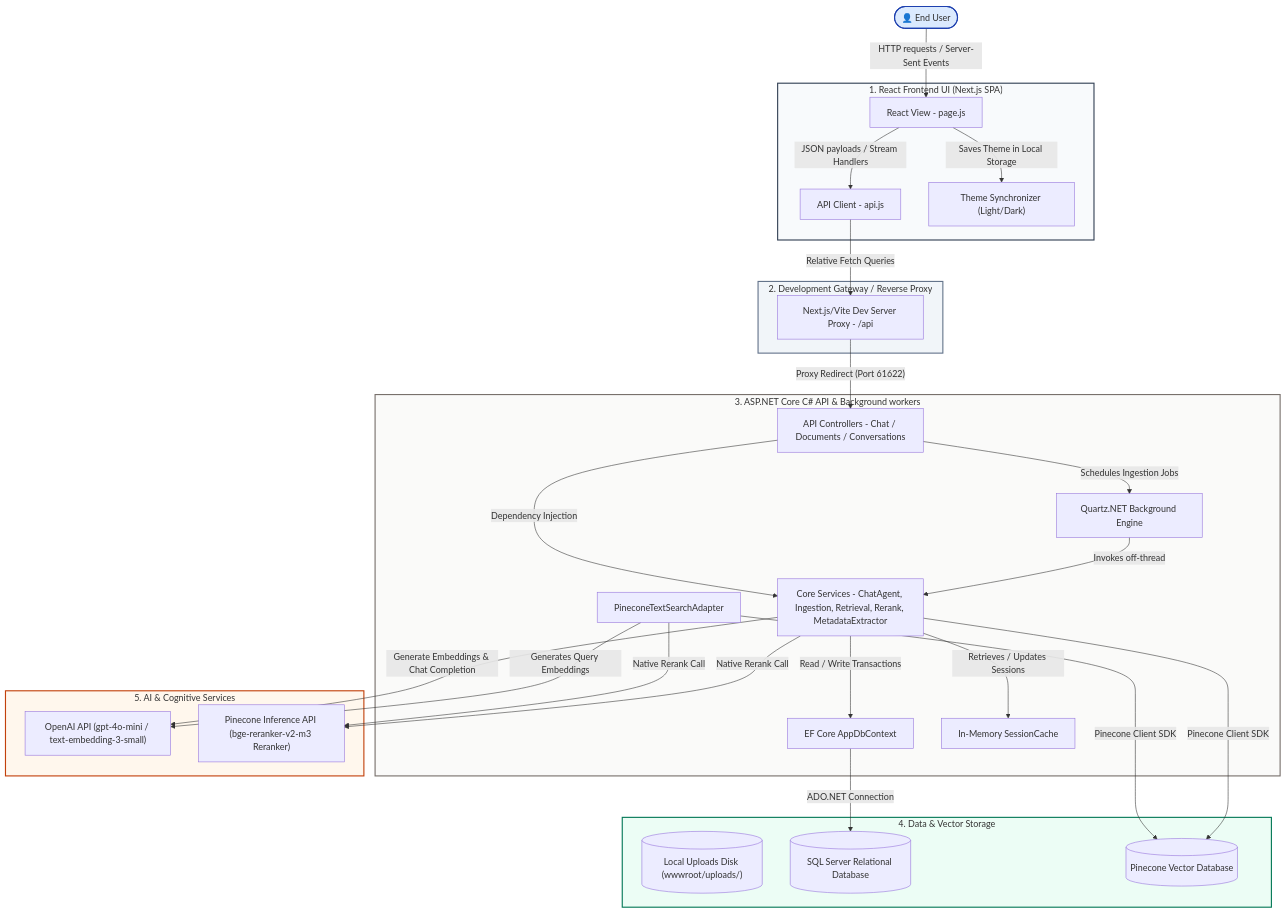
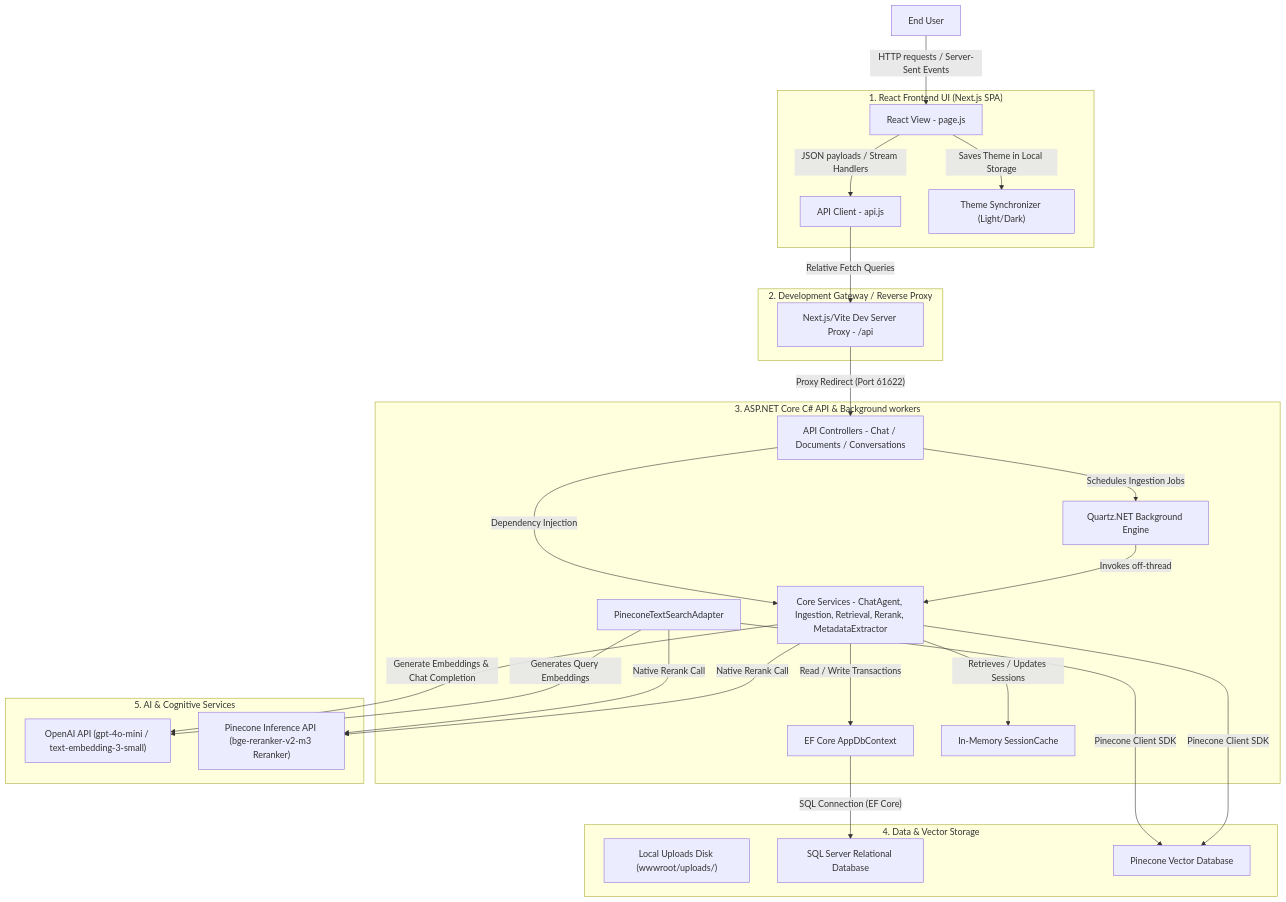
The first of 4 diagrams in README.md (albertpsi/MSAgentFrameworkRAG), drawn with Mermaid before and after one commit. The commit also changed other lines of this file and 3 other files, not shown here.

````diff
--- a/README.md
+++ b/README.md
@@ -43,62 +43,55 @@
 ```mermaid
-graph TB
-    User(["👤 End User"])
+flowchart TD
+    User["End User"]
     
     subgraph ClientLayer ["1. React Frontend UI (Next.js SPA)"]
         UI["React View - page.js"]
         API_Helper["API Client - api.js"]
         Theme_Sync["Theme Synchronizer (Light/Dark)"]
     end
     
     subgraph ProxyLayer ["2. Development Gateway / Reverse Proxy"]
         Proxy["Next.js/Vite Dev Server Proxy - /api"]
     end
 
     subgraph BackendLayer ["3. ASP.NET Core C# API & Background workers"]
         Controllers["API Controllers - Chat / Documents / Conversations"]
         Services["Core Services - ChatAgent, Ingestion, Retrieval, Rerank, MetadataExtractor"]
         Quartz["Quartz.NET Background Engine"]
         DB_Context["EF Core AppDbContext"]
         S_Cache["In-Memory SessionCache"]
         Vector_Adapter["PineconeTextSearchAdapter"]
     end
 
     subgraph StorageLayer ["4. Data & Vector Storage"]
-        Disk[("Local Uploads Disk (wwwroot/uploads/)")]
-        SQL_DB[("SQL Server Relational Database")]
-        Pinecone_DB[("Pinecone Vector Database")]
+        Disk["Local Uploads Disk (wwwroot/uploads/)"]
+        SQL_DB["SQL Server Relational Database"]
+        Pinecone_DB["Pinecone Vector Database"]
     end
 
     subgraph AILayer ["5. AI & Cognitive Services"]
         OpenAI_API["OpenAI API (gpt-4o-mini / text-embedding-3-small)"]
         Pinecone_Inference["Pinecone Inference API (bge-reranker-v2-m3 Reranker)"]
     end
 
     User -->|"HTTP requests / Server-Sent Events"| UI
     UI -->|"JSON payloads / Stream Handlers"| API_Helper
     UI -->|"Saves Theme in Local Storage"| Theme_Sync
     API_Helper -->|"Relative Fetch Queries"| Proxy
     Proxy -->|"Proxy Redirect (Port 61622)"| Controllers
     
     Controllers -->|"Dependency Injection"| Services
     Controllers -->|"Schedules Ingestion Jobs"| Quartz
     Quartz -->|"Invokes off-thread"| Services
     
     Services -->|"Read / Write Transactions"| DB_Context
     Services -->|"Retrieves / Updates Sessions"| S_Cache
-    DB_Context -->|"ADO.NET Connection"| SQL_DB
+    DB_Context -->|"SQL Connection (EF Core)"| SQL_DB
     
     Services -->|"Generate Embeddings & Chat Completion"| OpenAI_API
     Vector_Adapter -->|"Pinecone Client SDK"| Pinecone_DB
     Services -->|"Pinecone Client SDK"| Pinecone_DB
     Vector_Adapter -->|"Generates Query Embeddings"| OpenAI_API
     Vector_Adapter -->|"Native Rerank Call"| Pinecone_Inference
     Services -->|"Native Rerank Call"| Pinecone_Inference
-    
-    style User fill:#dbeafe,stroke:#1e40af,stroke-width:2px;
-    style ClientLayer fill:#f8fafc,stroke:#334155,stroke-width:2px;
-    style ProxyLayer fill:#f1f5f9,stroke:#64748b,stroke-width:2px;
-    style BackendLayer fill:#fafaf9,stroke:#78716c,stroke-width:2px;
-    style StorageLayer fill:#ecfdf5,stroke:#047857,stroke-width:2px;
-    style AILayer fill:#fff7ed,stroke:#c2410c,stroke-width:2px;
 ```
````
